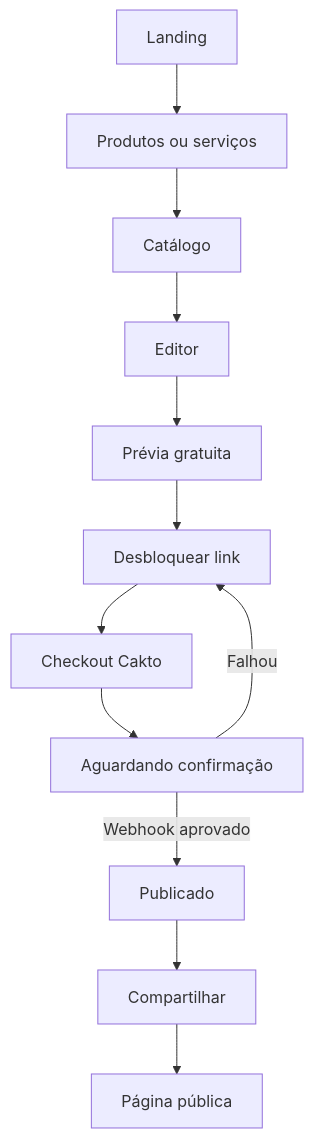
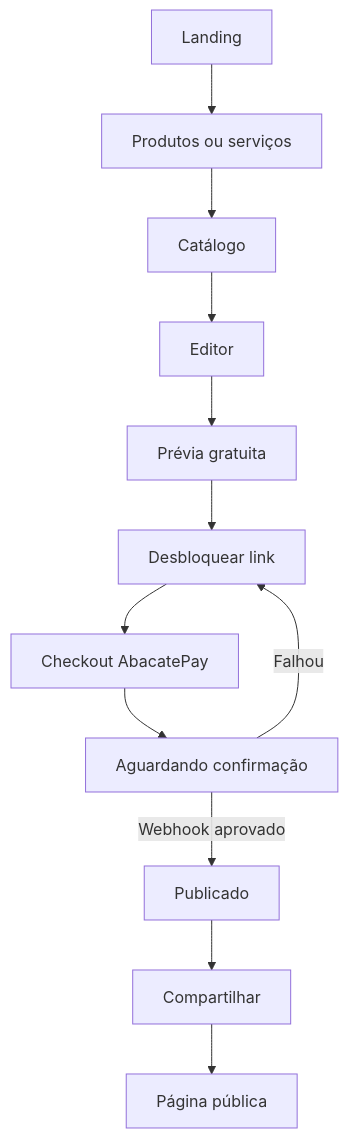
The diagram in CADERNO_EXPRESS_BRANDKIT/BRANDING_FRONTEND_MASTER.md (HEINRICK7/caderno-mini-frontend), drawn with Mermaid before and after one commit. The commit also changed other lines of this file and 35 other files, not shown here.

````diff
--- a/CADERNO_EXPRESS_BRANDKIT/BRANDING_FRONTEND_MASTER.md
+++ b/CADERNO_EXPRESS_BRANDKIT/BRANDING_FRONTEND_MASTER.md
@@ -183,14 +183,14 @@
 ```mermaid
 flowchart TD
   A[Landing] --> B[Produtos ou serviços]
   B --> C[Catálogo]
   C --> D[Editor]
   D --> E[Prévia gratuita]
   E --> F[Desbloquear link]
-  F --> G[Checkout Cakto]
+  F --> G[Checkout AbacatePay]
   G --> H[Aguardando confirmação]
   H -->|Webhook aprovado| I[Publicado]
   H -->|Falhou| F
   I --> J[Compartilhar]
   J --> K[Página pública]
 ```
````
